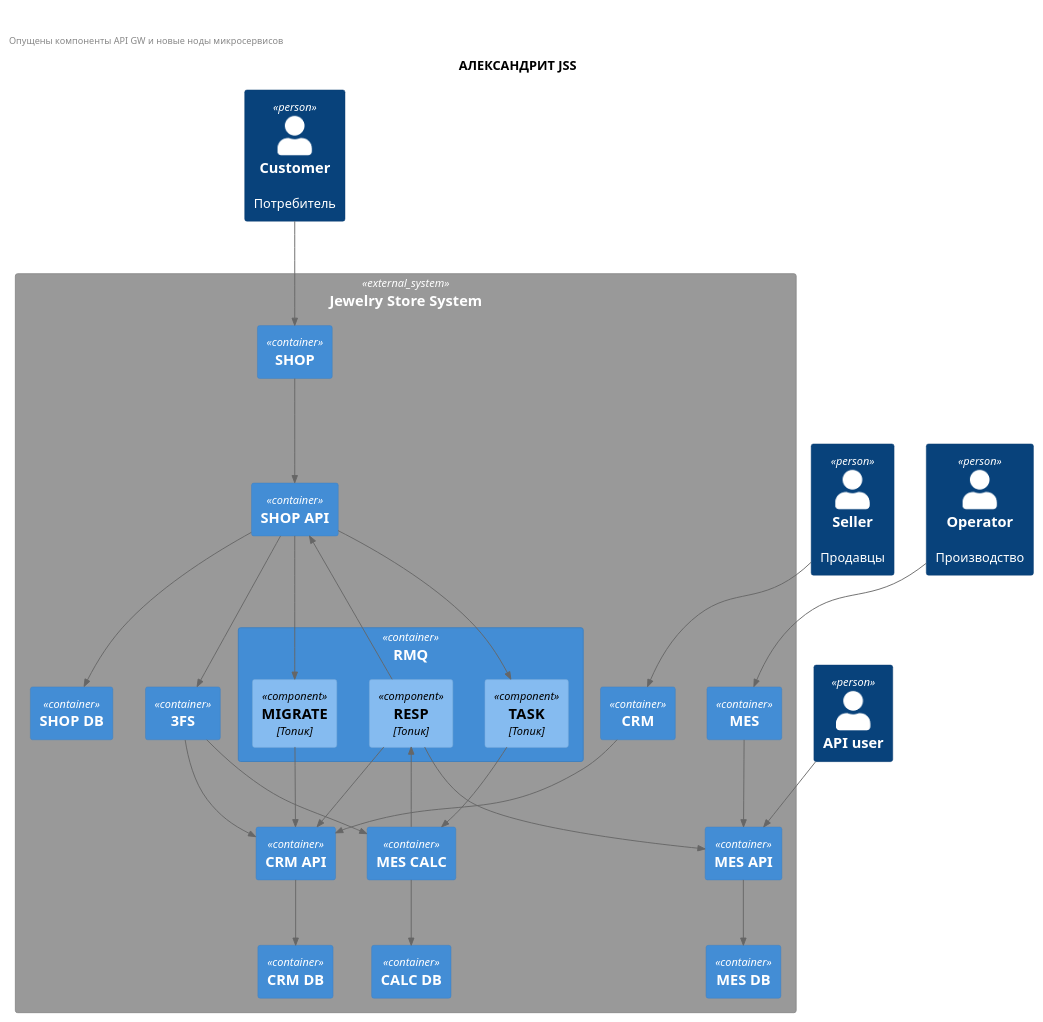
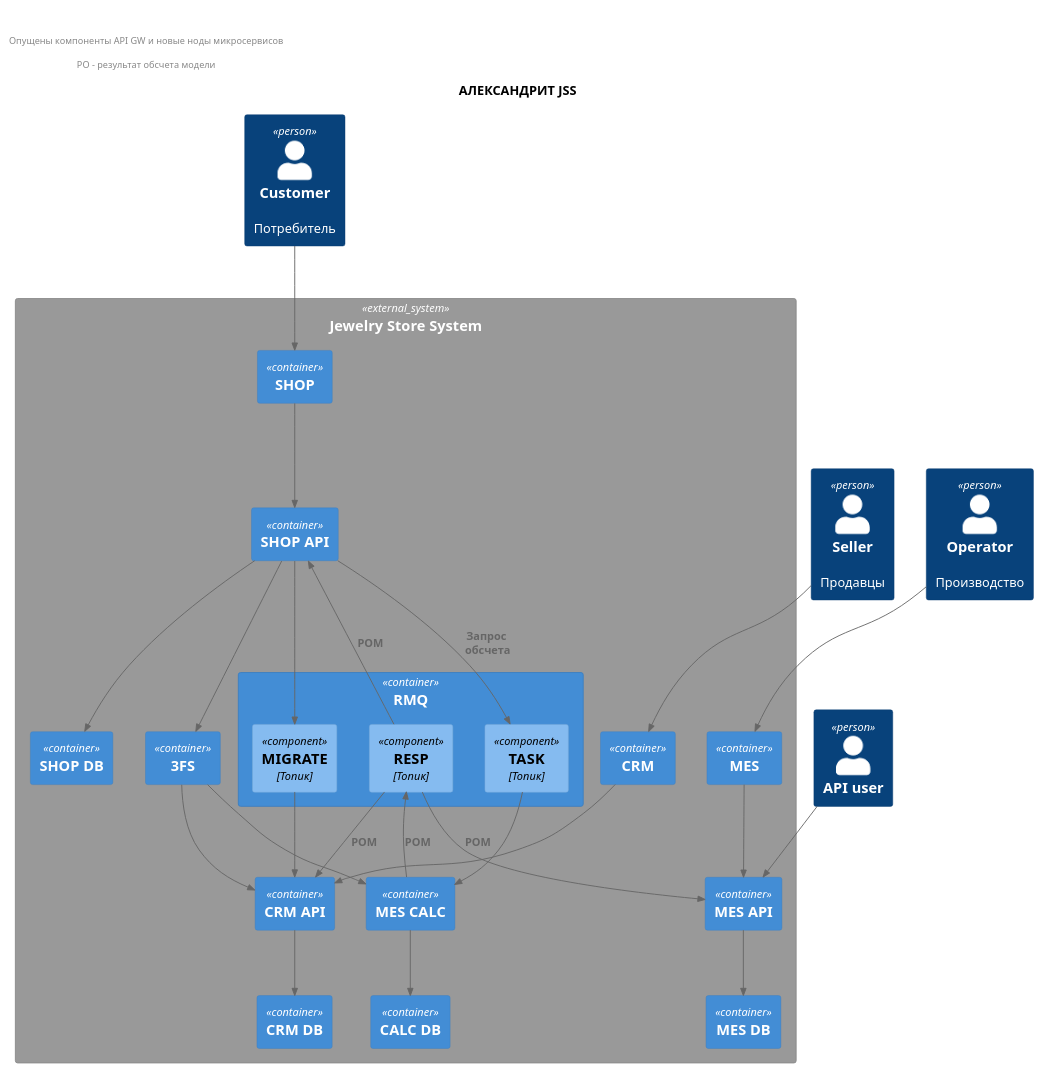
The diagram in smart-home-monolith/Alexandrit/C4_new.puml (gyngazov/architecture-sprint-3), drawn with PlantUML before and after one commit.

Commit message:
с 4 нью

```diff
--- a/smart-home-monolith/Alexandrit/C4_new.puml
+++ b/smart-home-monolith/Alexandrit/C4_new.puml
@@ -1,62 +1,64 @@
 @startuml
 !includeurl https://raw.githubusercontent.com/RicardoNiepel/C4-PlantUML/master/C4_Component.puml
 
 title АЛЕКСАНДРИТ JSS
 left header
 
 
 Опущены компоненты API GW и новые ноды микросервисов
+
+РО - результат обсчета модели
 end header
 top to bottom direction
 
 
 
 Person(cus, "Customer", "Потребитель")
 Person(sel, "Seller", "Продавцы")
 Person(api, "API user", "")
 Person(opr, "Operator", "Производство")
 
 System_Ext(jss, "Jewelry Store System") {
     Container(s, "SHOP", "")
     Container(sa, "SHOP API", "")
     Container(sd, "SHOP DB", "")
     Container(c, "CRM", "")
     Container(ca, "CRM API", "")
     Container(cd, "CRM DB", "")
     Container(m, "MES", "")
     Container(ma, "MES API", "")
     Container(md, "MES DB", "")
     Container(mc, "MES CALC", "")
     Container(cl, "CALC DB", "")
     Container(f, "3FS", "")
     Container(rmq, "RMQ", "")
 }
 Container(rmq, "RMQ", "") {
     Component(t1, "TASK", "Топик")
     Component(t2, "RESP", "Топик")
     Component(t3, "MIGRATE", "Топик")
 }
 Rel(cus, s, "")
 Rel(s, sa, "")
 Rel(sa, sd, "")
 Rel(sel, c, "")
 Rel(c, ca, "")
 Rel(ca, cd, "")
 Rel(opr, m, "")
 Rel(m, ma, "")
 Rel(ma, md, "")
 Rel(api, ma, "")
 Rel(mc, cl, "")
 Rel(sa, f, "")
 Rel(f, ca, "")
 Rel(f, mc, "")
-Rel(sa, t1, "")
+Rel(sa, t1, "Запрос\n обсчета")
 Rel(t1, mc, "")
-Rel(mc, t2, "")
-Rel(t2, sa, "")
-Rel(t2, ca, "")
-Rel(t2, ma, "")
+Rel(mc, t2, "РОМ")
+Rel(t2, sa, "РОМ")
+Rel(t2, ca, "РОМ")
+Rel(t2, ma, "РОМ")
 Rel(sa, t3, "")
 Rel(t3, ca, "")
 
 @enduml
```
